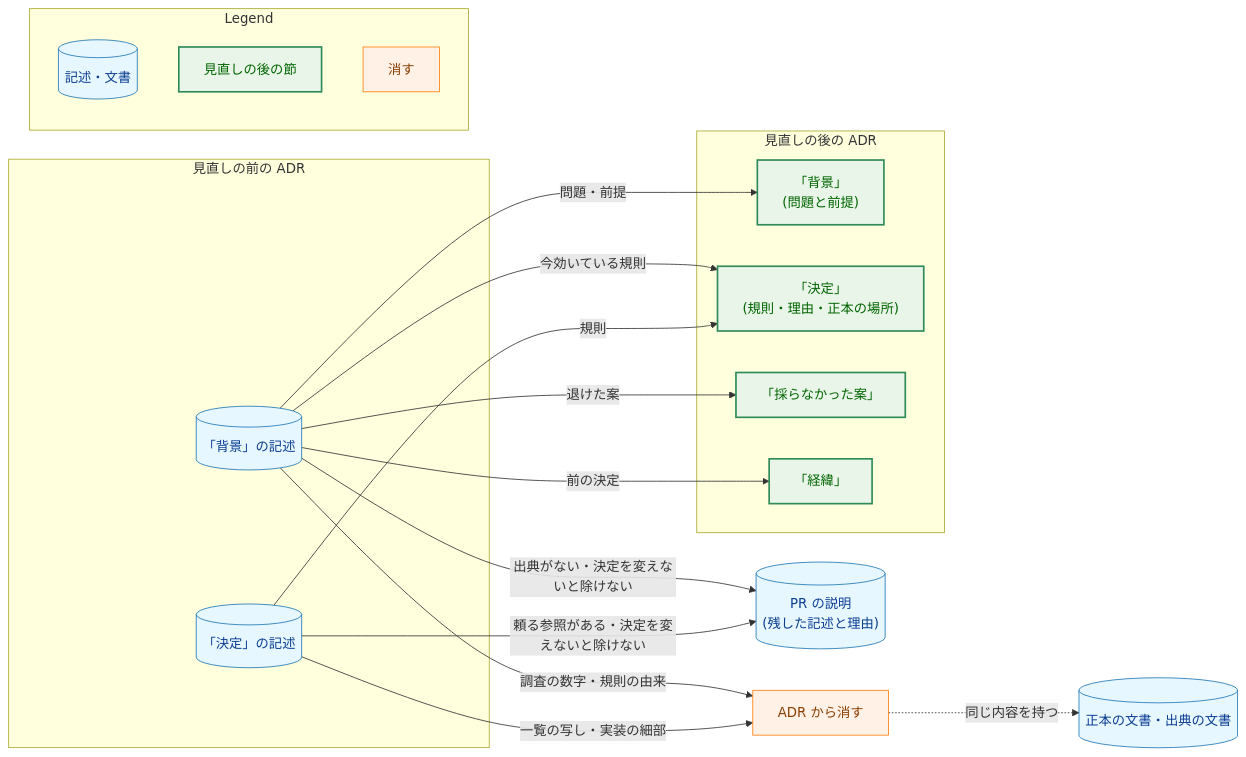
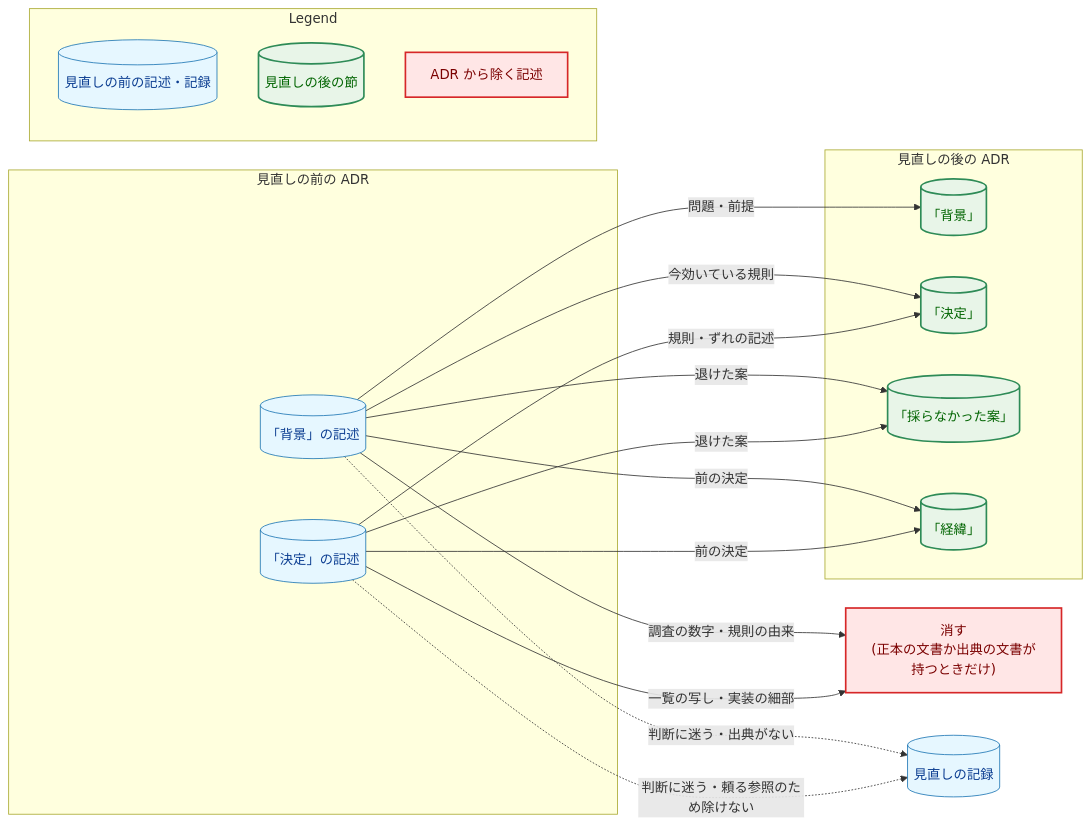
The first of 5 diagrams in docs/tasks/0073_adr_context_decision_review/02_architecture.md (isseis/yt2column), drawn with Mermaid before and after one commit. The commit also changed other lines of this file, not shown here.

First line of the commit message:
docs(0073): address review findings on the architecture

````diff
--- a/docs/tasks/0073_adr_context_decision_review/02_architecture.md
+++ b/docs/tasks/0073_adr_context_decision_review/02_architecture.md
@@ -65,46 +75,46 @@
 ```mermaid
 flowchart LR
     classDef data fill:#e6f7ff,stroke:#1f77b4,stroke-width:1px,color:#0b3d91;
     classDef enhanced fill:#e8f5e8,stroke:#2e8b57,stroke-width:2px,color:#006400;
-    classDef process fill:#fff1e6,stroke:#ff7f0e,stroke-width:1px,color:#8a3e00;
+    classDef problem fill:#ffe6e6,stroke:#d62728,stroke-width:2px,color:#7b0000;
 
     subgraph Before["見直しの前の ADR"]
         BG[("「背景」の記述")]
         DC[("「決定」の記述")]
     end
 
     subgraph After["見直しの後の ADR"]
-        NBG["「背景」<br>(問題と前提)"]
-        NDC["「決定」<br>(規則・理由・正本の場所)"]
-        ALT["「採らなかった案」"]
-        HIS["「経緯」"]
+        NBG[("「背景」")]
+        NDC[("「決定」")]
+        ALT[("「採らなかった案」")]
+        HIS[("「経緯」")]
     end
 
-    SPEC[("正本の文書・出典の文書")]
-    GONE["ADR から消す"]
-    PRD[("PR の説明<br>(残した記述と理由)")]
+    GONE["消す<br>(正本の文書か出典の文書が持つときだけ)"]
+    REC[("見直しの記録")]
 
     BG -->|"問題・前提"| NBG
     BG -->|"今効いている規則"| NDC
     BG -->|"前の決定"| HIS
     BG -->|"退けた案"| ALT
     BG -->|"調査の数字・規則の由来"| GONE
-    DC -->|"規則"| NDC
+    DC -->|"規則・ずれの記述"| NDC
+    DC -->|"前の決定"| HIS
+    DC -->|"退けた案"| ALT
     DC -->|"一覧の写し・実装の細部"| GONE
-    GONE -.->|"同じ内容を持つ"| SPEC
-    BG -->|"出典がない・決定を変えないと除けない"| PRD
-    DC -->|"頼る参照がある・決定を変えないと除けない"| PRD
+    BG -.->|"判断に迷う・出典がない"| REC
+    DC -.->|"判断に迷う・頼る参照のため除けない"| REC
 
-    class BG,DC,SPEC,PRD data
+    class BG,DC,REC data
     class NBG,NDC,ALT,HIS enhanced
-    class GONE process
+    class GONE problem
 
     subgraph Legend["Legend"]
-        L1[("記述・文書")]
-        L2["見直しの後の節"]
-        L3["消す"]
+        L1[("見直しの前の記述・記録")]
+        L2[("見直しの後の節")]
+        L3["ADR から除く記述"]
     end
     class L1 data
     class L2 enhanced
-    class L3 process
+    class L3 problem
 ```
````
